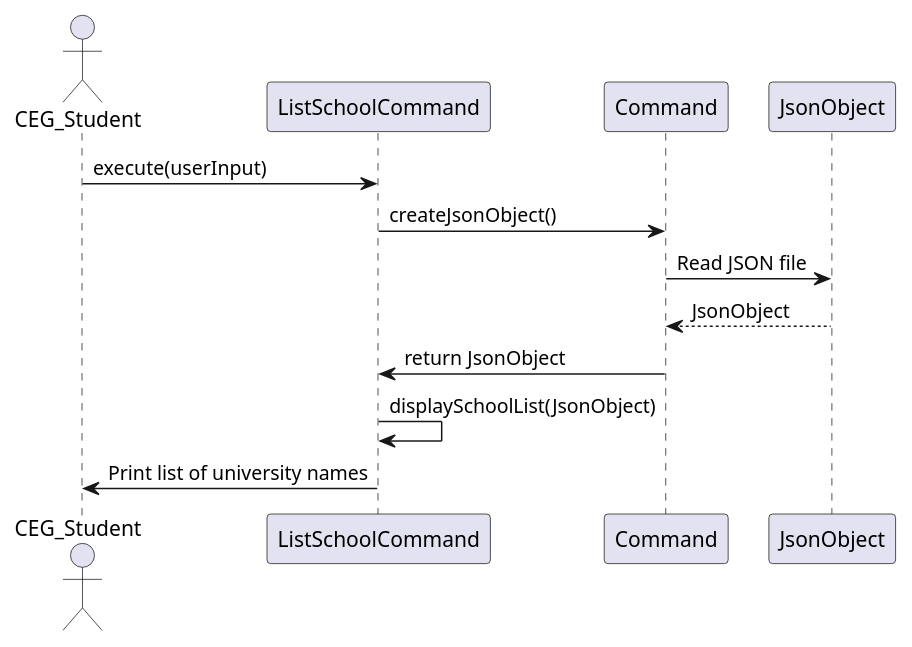
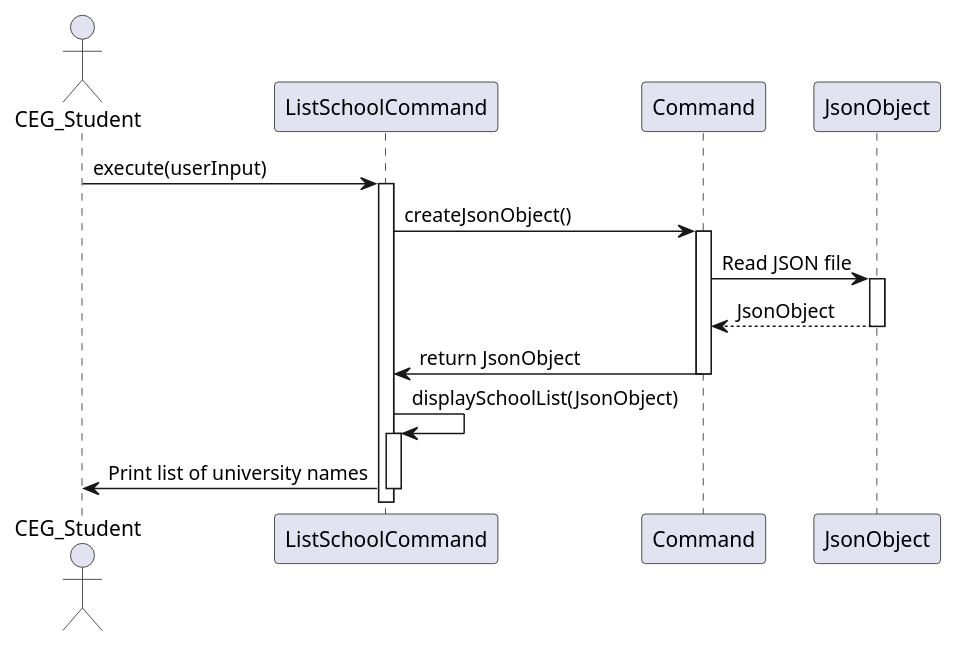
Before and after one commit to nus-cs2113-AY2425S1/tp: the diagram in uml-diagrams/ListSchoolsCommand.puml, drawn with PlantUML.

Commit message:
Update plantUML diagram to include activation bar

```diff
--- a/uml-diagrams/ListSchoolsCommand.puml
+++ b/uml-diagrams/ListSchoolsCommand.puml
@@ -1,14 +1,27 @@
 @startuml
 actor CEG_Student
 participant ListSchoolCommand
 participant Command
 participant JsonObject
 
 CEG_Student -> ListSchoolCommand: execute(userInput)
+activate ListSchoolCommand
+
 ListSchoolCommand -> Command: createJsonObject()
+activate Command
+
 Command -> JsonObject: Read JSON file
+activate JsonObject
+
 JsonObject --> Command: JsonObject
+deactivate JsonObject
+
 Command -> ListSchoolCommand: return JsonObject
+deactivate Command
+
 ListSchoolCommand -> ListSchoolCommand: displaySchoolList(JsonObject)
+activate ListSchoolCommand
+
 ListSchoolCommand -> CEG_Student: Print list of university names
+deactivate ListSchoolCommand
 @enduml
```
